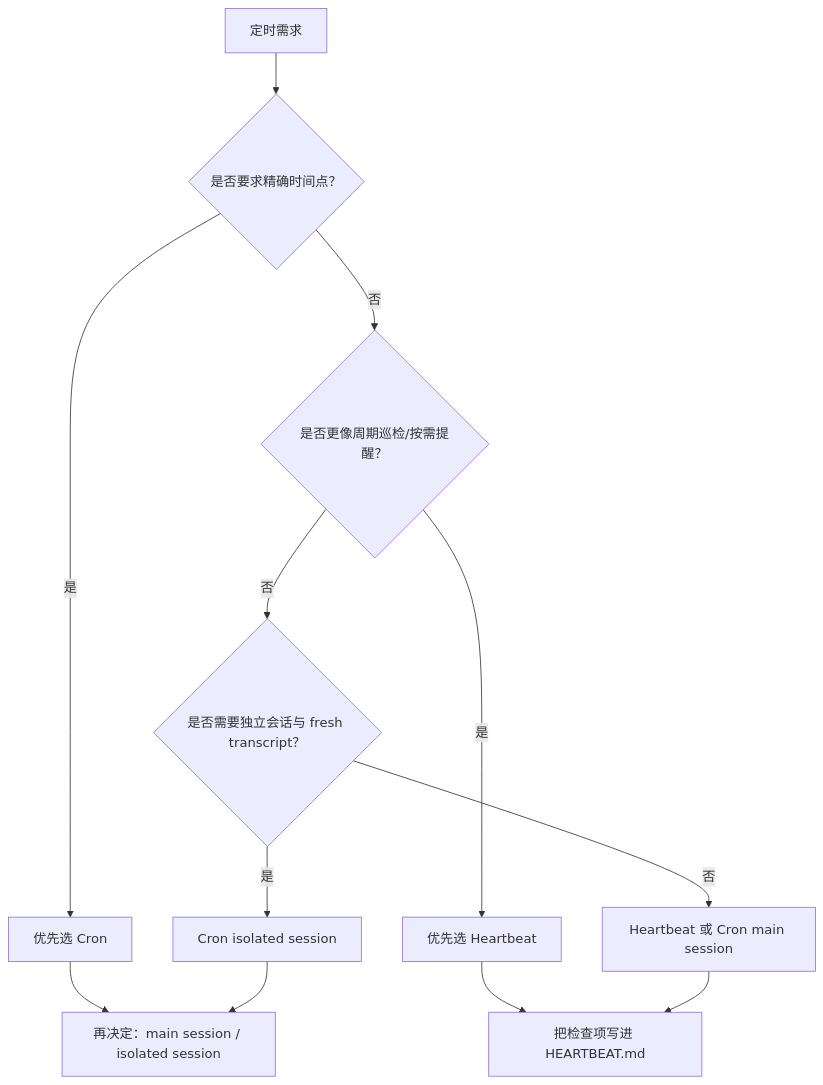
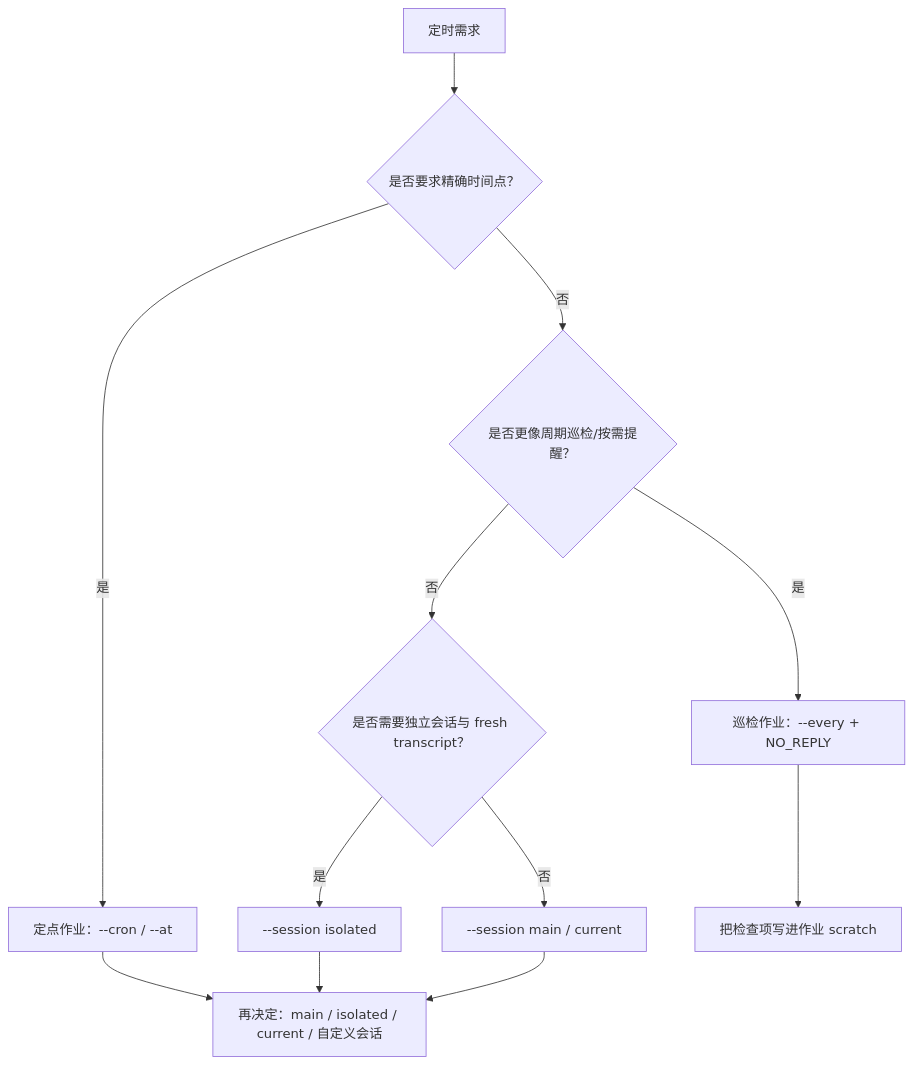
One commit to yeasy/openclaw_guide changed the diagram in 08_automation_ops/8.2_cron_jobs.md. Above: the diagram before and after it, drawn with Mermaid. The commit also changed other lines of this file and 19 other files, not shown here.

````diff
--- a/08_automation_ops/8.2_cron_jobs.md
+++ b/08_automation_ops/8.2_cron_jobs.md
@@ -19,15 +19,15 @@
 ```mermaid
 flowchart TD
   S["定时需求"] --> Q1{"是否要求精确时间点？"}
-  Q1 -->|"是"| C["优先选 Cron"]
+  Q1 -->|"是"| C["定点作业：--cron / --at"]
   Q1 -->|"否"| Q2{"是否更像周期巡检/按需提醒？"}
-  Q2 -->|"是"| H["优先选 Heartbeat"]
+  Q2 -->|"是"| H["巡检作业：--every + NO_REPLY"]
   Q2 -->|"否"| Q3{"是否需要独立会话与 fresh transcript？"}
-  Q3 -->|"是"| CI["Cron isolated session"]
-  Q3 -->|"否"| HM["Heartbeat 或 Cron main session"]
+  Q3 -->|"是"| CI["--session isolated"]
+  Q3 -->|"否"| HM["--session main / current"]
 
-  C --> V["再决定：main session / isolated session"]
-  H --> V2["把检查项写进 HEARTBEAT.md"]
+  C --> V["再决定：main / isolated / current / 自定义会话"]
+  H --> V2["把检查项写进作业 scratch"]
   CI --> V
-  HM --> V2
+  HM --> V
 ```
````
